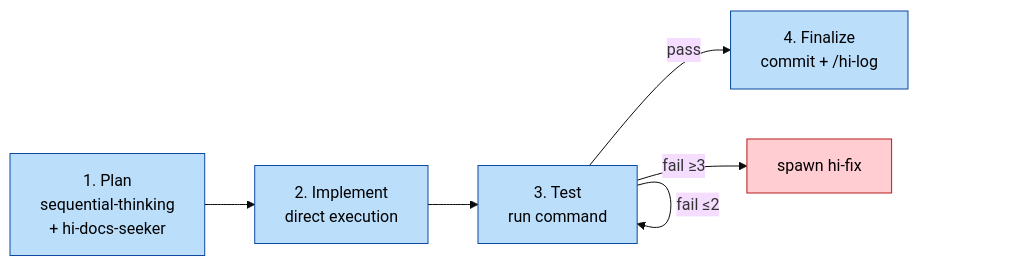
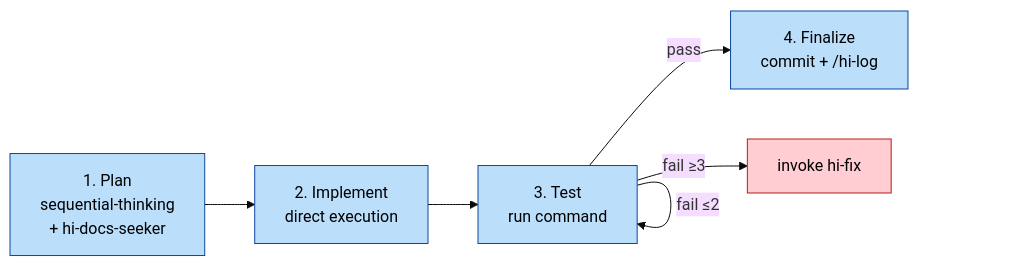
The first of 7 diagrams in devkit.md (baka3k/dev-kit), drawn with Mermaid (base theme) before and after one commit. The commit also changed other lines of this file and 11 other files, not shown here.

````diff
--- a/devkit.md
+++ b/devkit.md
@@ -41,14 +41,14 @@
 ```mermaid
 graph LR
     A[1. Plan<br/>sequential-thinking<br/>+ hi-docs-seeker] --> B[2. Implement<br/>direct execution]
     B --> C[3. Test<br/>run command]
     C -->|pass| D[4. Finalize<br/>commit + /hi-log]
     C -->|fail ≤2| C
-    C -->|fail ≥3| E[spawn hi-fix]
+    C -->|fail ≥3| E[invoke hi-fix]
 
     classDef step fill:#bbdefb,stroke:#0d47a1,color:#000
     classDef fail fill:#ffcdd2,stroke:#b71c1c,color:#000
     class A,B,C,D step
     class E fail
 
 ```
````
